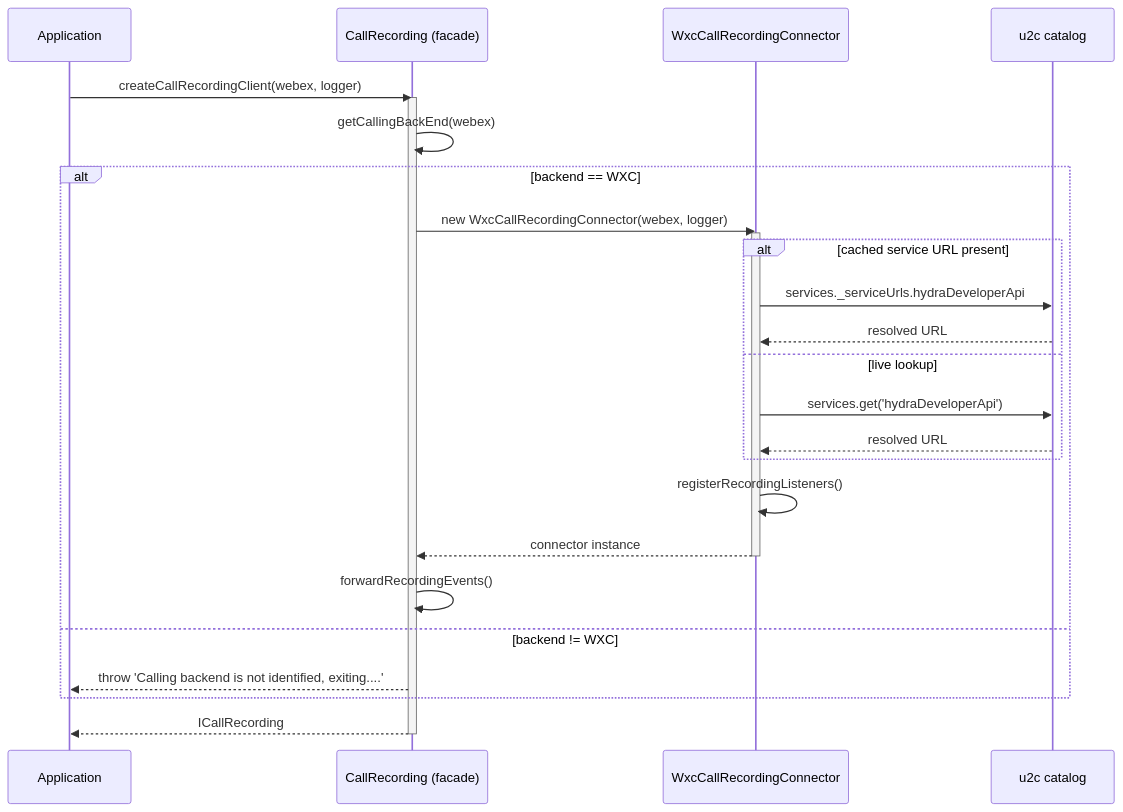
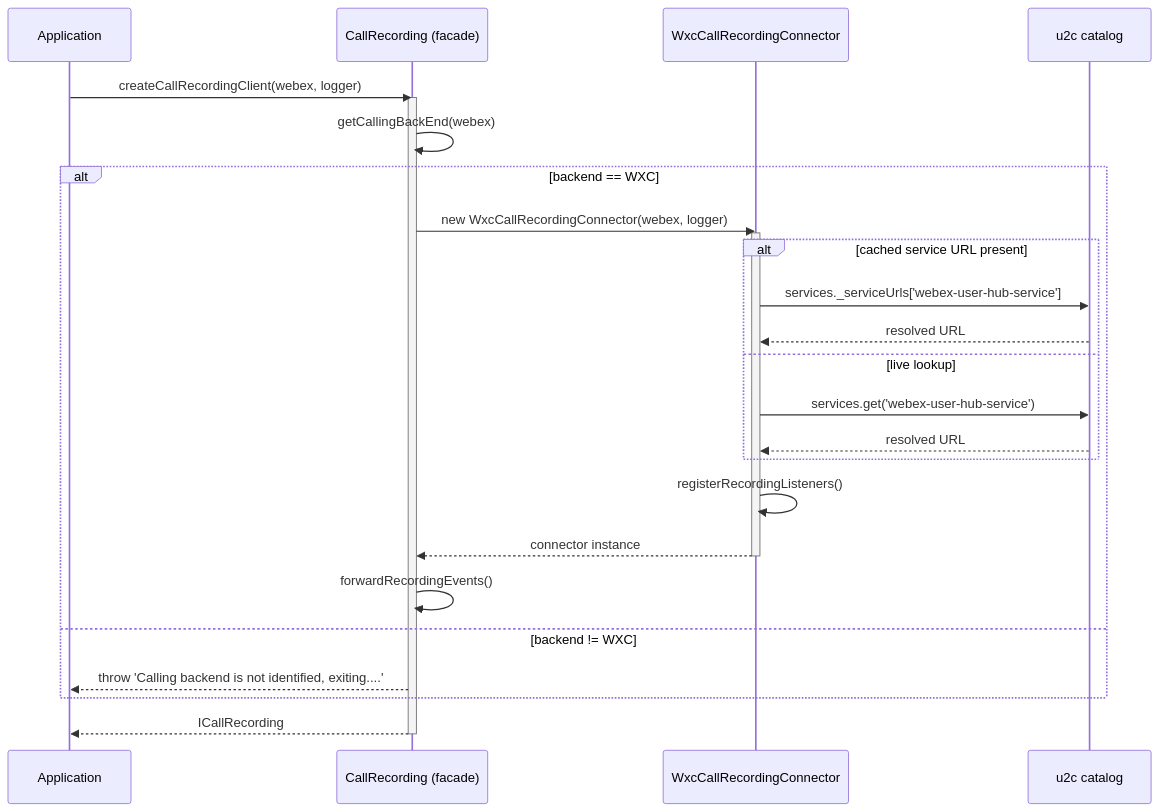
The second of 7 diagrams in packages/calling/src/CallRecording/ai-docs/call-recording-spec.md (webex/webex-js-sdk), drawn with Mermaid before and after one commit. The commit also changed other lines of this file and 15 other files, not shown here.

Commit message:
feat(calling): read call recordings from User Hub (#5317)

````diff
--- a/packages/calling/src/CallRecording/ai-docs/call-recording-spec.md
+++ b/packages/calling/src/CallRecording/ai-docs/call-recording-spec.md
@@ -439,30 +435,30 @@
 ```mermaid
 sequenceDiagram
     participant App as Application
     participant CR as CallRecording (facade)
     participant WC as WxcCallRecordingConnector
     participant Cat as u2c catalog
 
     App->>CR: createCallRecordingClient(webex, logger)
     activate CR
     CR->>CR: getCallingBackEnd(webex)
     alt backend == WXC
         CR->>WC: new WxcCallRecordingConnector(webex, logger)
         activate WC
         alt cached service URL present
-            WC->>Cat: services._serviceUrls.hydraDeveloperApi
+            WC->>Cat: services._serviceUrls['webex-user-hub-service']
             Cat-->>WC: resolved URL
         else live lookup
-            WC->>Cat: services.get('hydraDeveloperApi')
+            WC->>Cat: services.get('webex-user-hub-service')
             Cat-->>WC: resolved URL
         end
         WC->>WC: registerRecordingListeners()
         WC-->>CR: connector instance
         deactivate WC
         CR->>CR: forwardRecordingEvents()
     else backend != WXC
         CR-->>App: throw 'Calling backend is not identified, exiting....'
     end
     CR-->>App: ICallRecording
     deactivate CR
 ```
````
